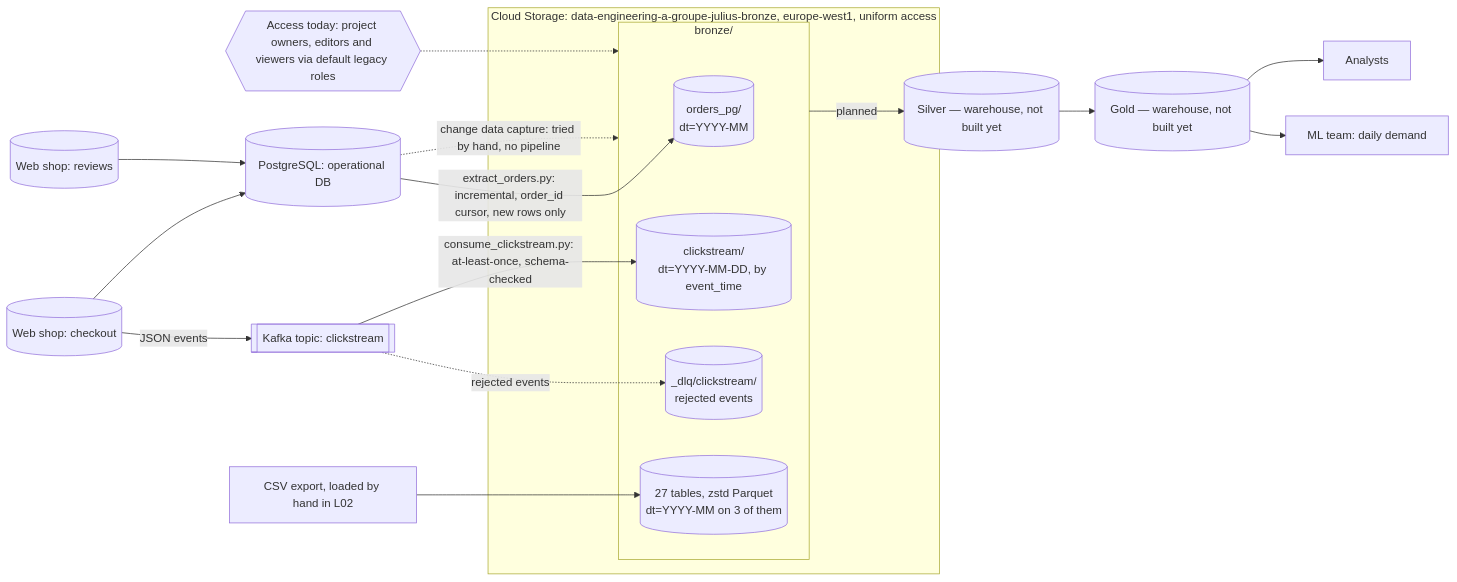
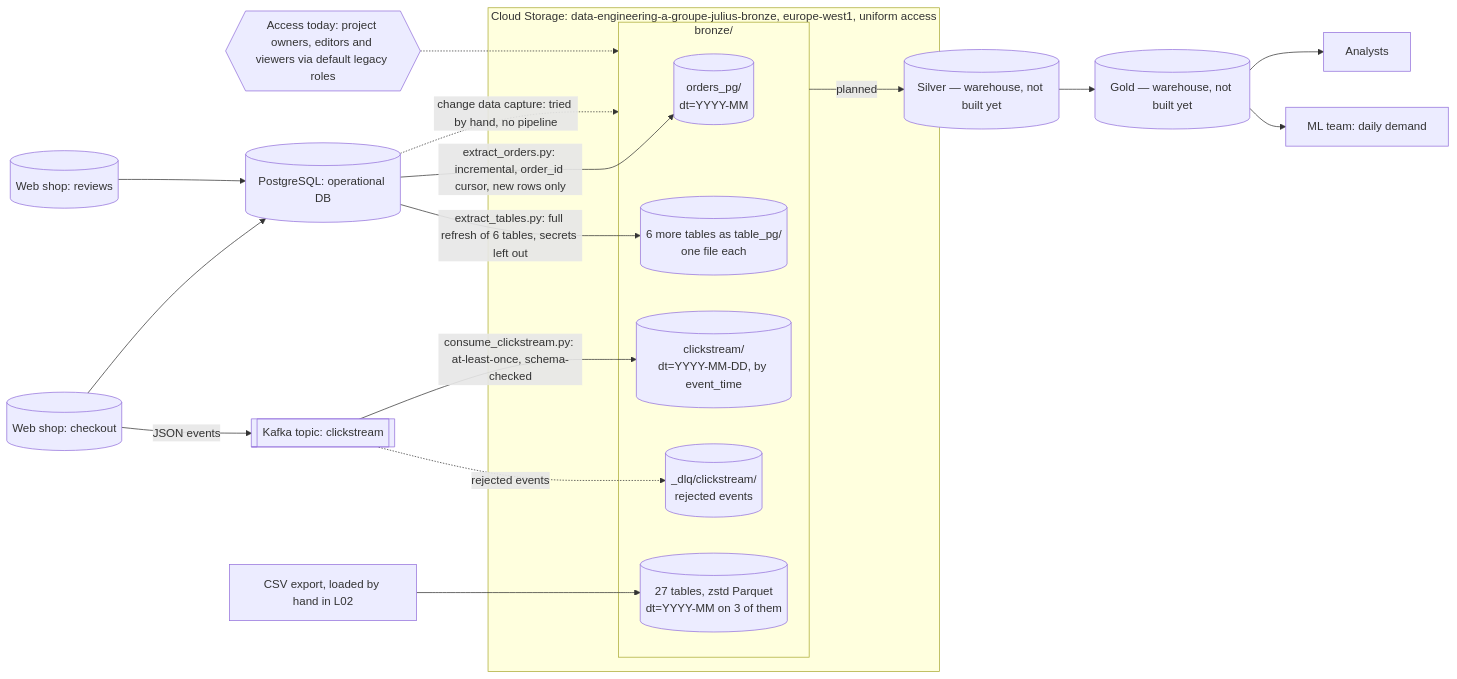
Before and after one commit to JuliusHayter/de-platform-template: the diagram in docs/architecture.md, drawn with Mermaid. The commit also changed other lines of this file and 7 other files, not shown here.

First line of the commit message:
ADD: Extract six more tables with the secret columns left out

````diff
--- a/docs/architecture.md
+++ b/docs/architecture.md
@@ -19,27 +19,29 @@
 ```mermaid
 flowchart LR
   checkout[(Web shop: checkout)] --> pg[(PostgreSQL: operational DB)]
   reviews[(Web shop: reviews)] --> pg
   checkout -->|JSON events| kafka[[Kafka topic: clickstream]]
 
   pg -->|"extract_orders.py: incremental, order_id cursor, new rows only"| orders_pg
+  pg -->|"extract_tables.py: full refresh of 6 tables, secrets left out"| tables_pg
   kafka -->|"consume_clickstream.py: at-least-once, schema-checked"| clickstream
   kafka -.->|"rejected events"| dlq
   pg -.->|"change data capture: tried by hand, no pipeline"| bronze
   csv[CSV export, loaded by hand in L02] --> tables
 
   subgraph gcs[Cloud Storage: data-engineering-a-groupe-julius-bronze, europe-west1, uniform access]
     subgraph bronze[bronze/]
       tables[(27 tables, zstd Parquet<br/>dt=YYYY-MM on 3 of them)]
       orders_pg[(orders_pg/<br/>dt=YYYY-MM)]
+      tables_pg[(6 more tables as table_pg/<br/>one file each)]
       clickstream[(clickstream/<br/>dt=YYYY-MM-DD, by event_time)]
       dlq[(_dlq/clickstream/<br/>rejected events)]
     end
   end
 
   access{{Access today: project owners, editors and viewers via default legacy roles}} -.-> bronze
   bronze -->|planned| silver[(Silver — warehouse, not built yet)]
   silver --> gold[(Gold — warehouse, not built yet)]
   gold --> analysts[Analysts]
   gold --> ml[ML team: daily demand]
 ```
````
